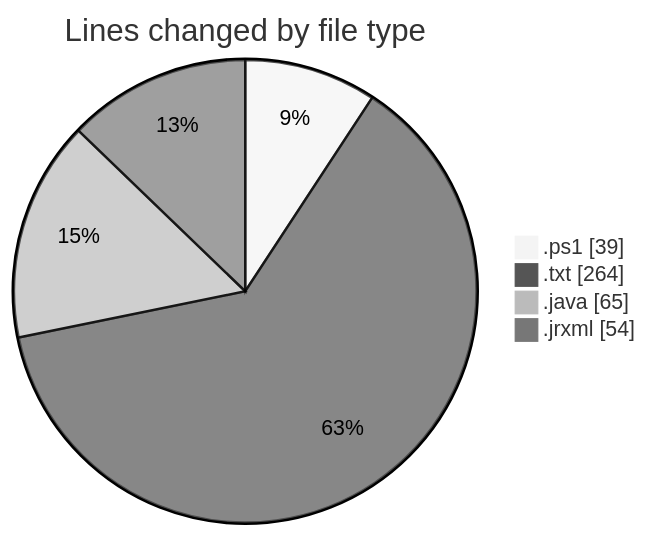
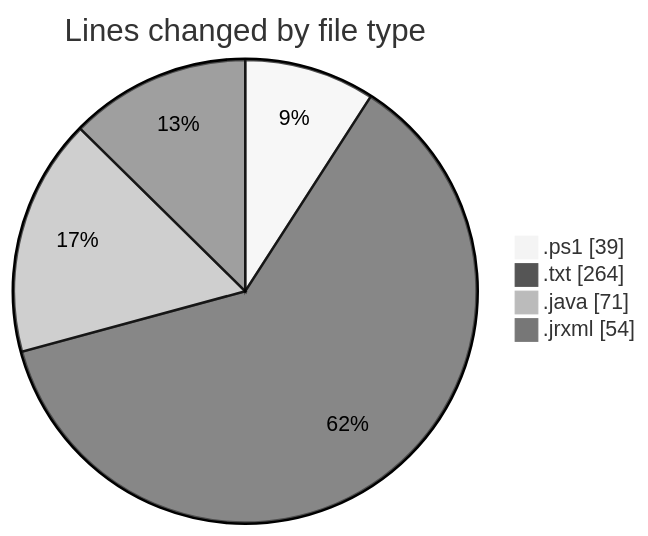
Before and after one commit to ricardozamudiocil/code-tracking: the first of 2 diagrams in 2026-03-03/cilreports__workspace_/README.md, drawn with Mermaid (neutral theme). The commit also changed other lines of this file and 1 other file, not shown here.

````diff
--- a/2026-03-03/cilreports__workspace_/README.md
+++ b/2026-03-03/cilreports__workspace_/README.md
@@ -25,8 +25,8 @@
 ```mermaid
 pie showData
 title Lines changed by file type
 ".ps1" : 39
 ".txt" : 264
-".java" : 65
+".java" : 71
 ".jrxml" : 54
 ```
````
